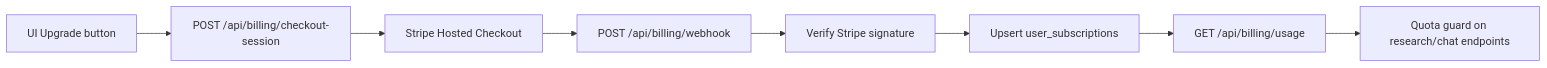
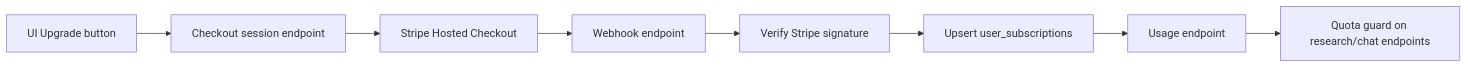
The third of 3 diagrams in README.md (KostasCherv/cortex), drawn with Mermaid before and after one commit. The commit also changed other lines of this file and 2 other files, not shown here.

First line of the commit message:
docs: update README and scripts for Inngest integration and billing features

````diff
--- a/README.md
+++ b/README.md
@@ -151,10 +226,10 @@
 ```mermaid
 flowchart LR
-    ui["UI Upgrade button"] --> checkout["POST /api/billing/checkout-session"]
+    ui["UI Upgrade button"] --> checkout["Checkout session endpoint"]
     checkout --> stripeCheckout["Stripe Hosted Checkout"]
-    stripeCheckout --> webhook["POST /api/billing/webhook"]
+    stripeCheckout --> webhook["Webhook endpoint"]
     webhook --> verify["Verify Stripe signature"]
     verify --> sync["Upsert user_subscriptions"]
-    sync --> usage["GET /api/billing/usage"]
+    sync --> usage["Usage endpoint"]
     usage --> enforce["Quota guard on research/chat endpoints"]
 ```
````
